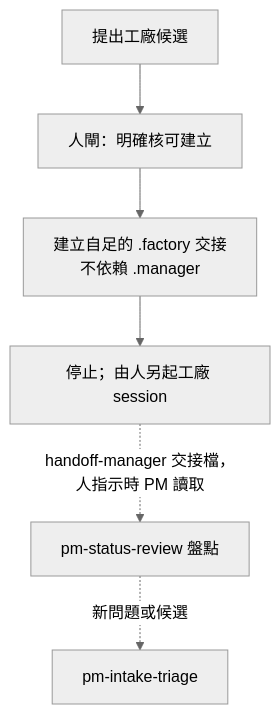
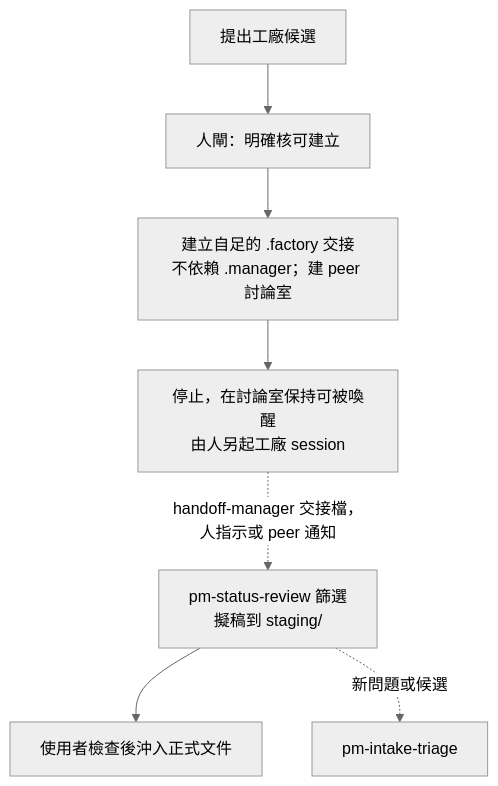
Before and after one commit to nekojuice/.agents: the second of 3 diagrams in orchestrator-pm-readme.md, drawn with Mermaid (neutral theme). The commit also changed other lines of this file and 17 other files, not shown here.

````diff
--- a/orchestrator-pm-readme.md
+++ b/orchestrator-pm-readme.md
@@ -87,8 +95,9 @@
 ```mermaid
 flowchart TD
   A[提出工廠候選] --> B[人閘：明確核可建立]
-  B --> C[建立自足的 .factory 交接<br/>不依賴 .manager]
-  C --> D[停止；由人另起工廠 session]
-  D -. handoff-manager 交接檔，人指示時 PM 讀取 .-> E[pm-status-review 盤點]
+  B --> C[建立自足的 .factory 交接<br/>不依賴 .manager；建 peer 討論室]
+  C --> D[停止，在討論室保持可被喚醒<br/>由人另起工廠 session]
+  D -. handoff-manager 交接檔，人指示或 peer 通知 .-> E[pm-status-review 篩選<br/>擬稿到 staging/]
+  E --> G[使用者檢查後沖入正式文件]
   E -. 新問題或候選 .-> T[pm-intake-triage]
 ```
````
